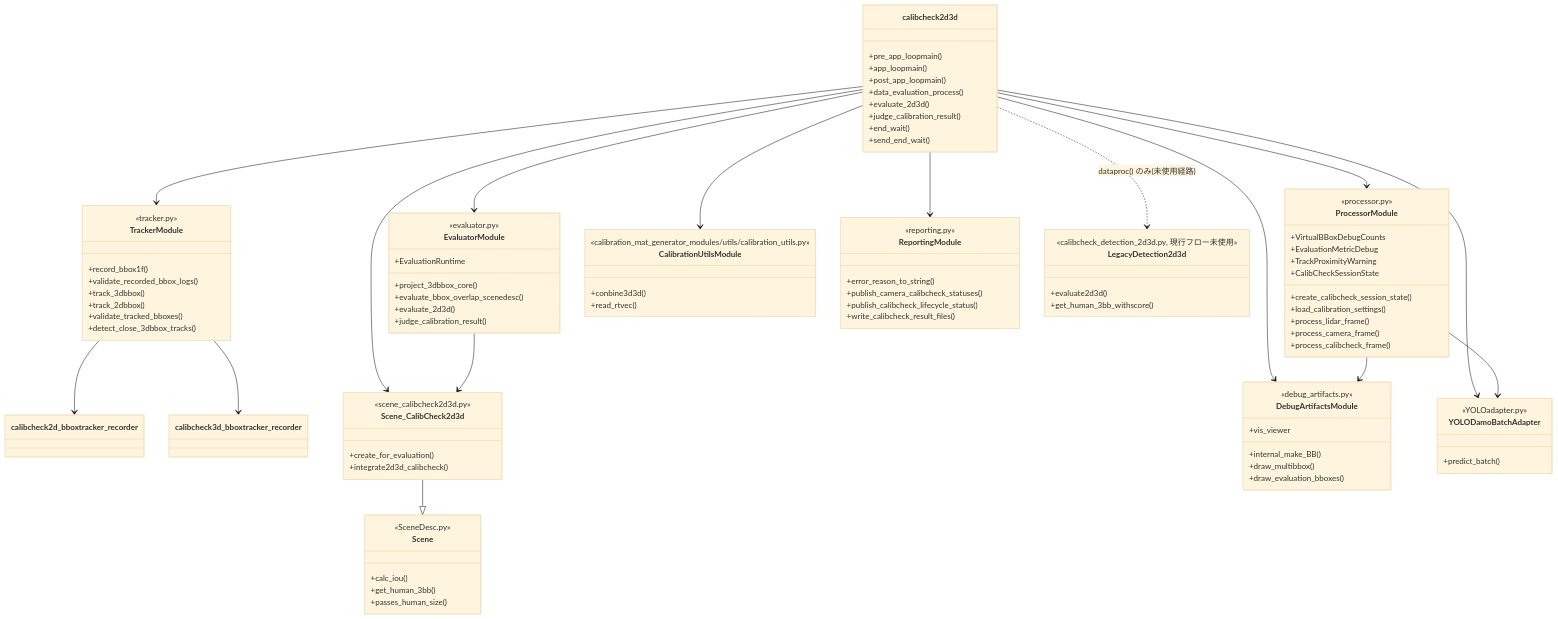
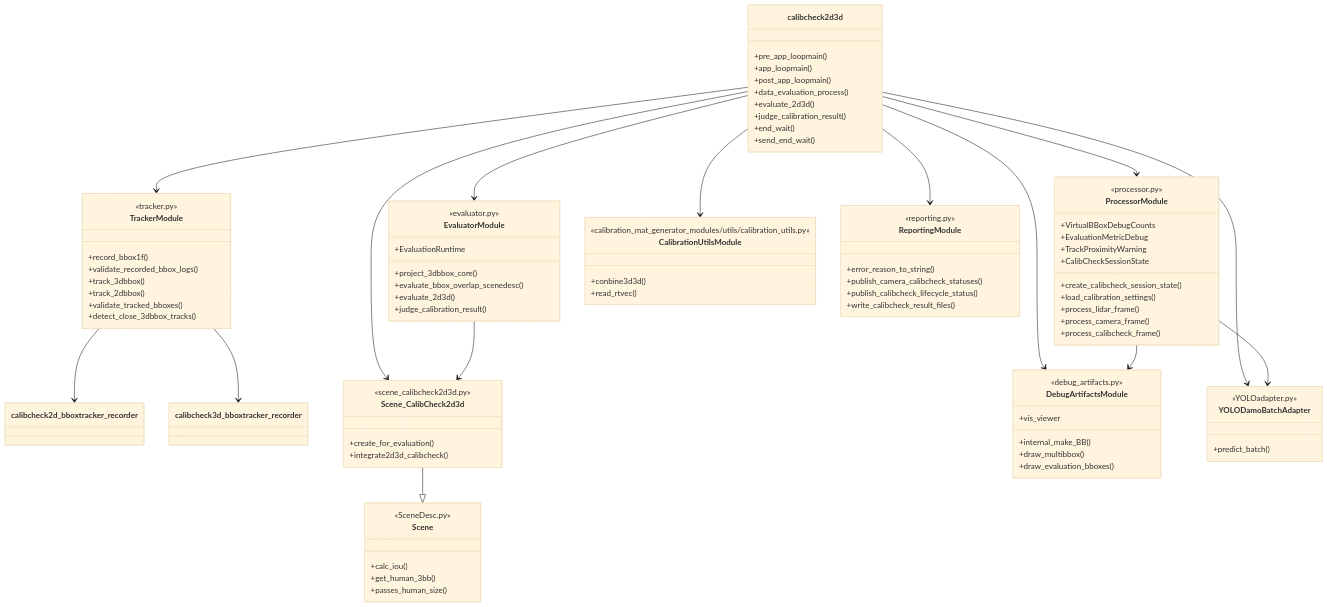
Before and after one commit to torchs52/local_calib: the sixth of 6 diagrams in docs/calibcheck2d3d_comparison_and_class_diagram.md, drawn with Mermaid (base theme). The commit also changed other lines of this file and 421 other files, not shown here.

```diff
--- a/docs/calibcheck2d3d_comparison_and_class_diagram.md
+++ b/docs/calibcheck2d3d_comparison_and_class_diagram.md
@@ -362,12 +361,6 @@
         +predict_batch()
     }
 
-    class LegacyDetection2d3d {
-        <<calibcheck_detection_2d3d.py, 現行フロー未使用>>
-        +evaluate2d3d()
-        +get_human_3bb_withscore()
-    }
-
     calibcheck2d3d --> ProcessorModule
     calibcheck2d3d --> TrackerModule
     calibcheck2d3d --> EvaluatorModule
@@ -376,8 +369,6 @@
     calibcheck2d3d --> CalibrationUtilsModule
     calibcheck2d3d --> ReportingModule
     calibcheck2d3d --> YOLODamoBatchAdapter
-    calibcheck2d3d ..> LegacyDetection2d3d : dataproc() のみ(未使用経路)
-
     ProcessorModule --> YOLODamoBatchAdapter
     ProcessorModule --> DebugArtifactsModule
     TrackerModule --> calibcheck2d_bboxtracker_recorder
```
